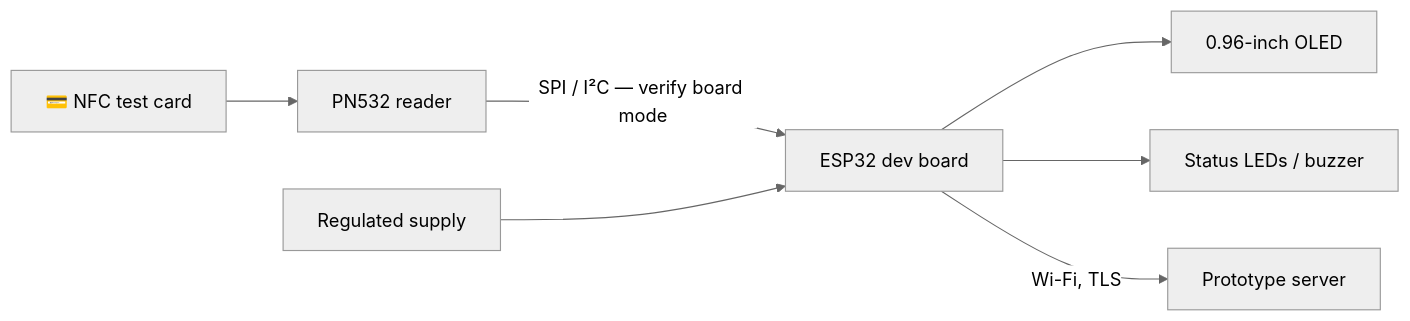
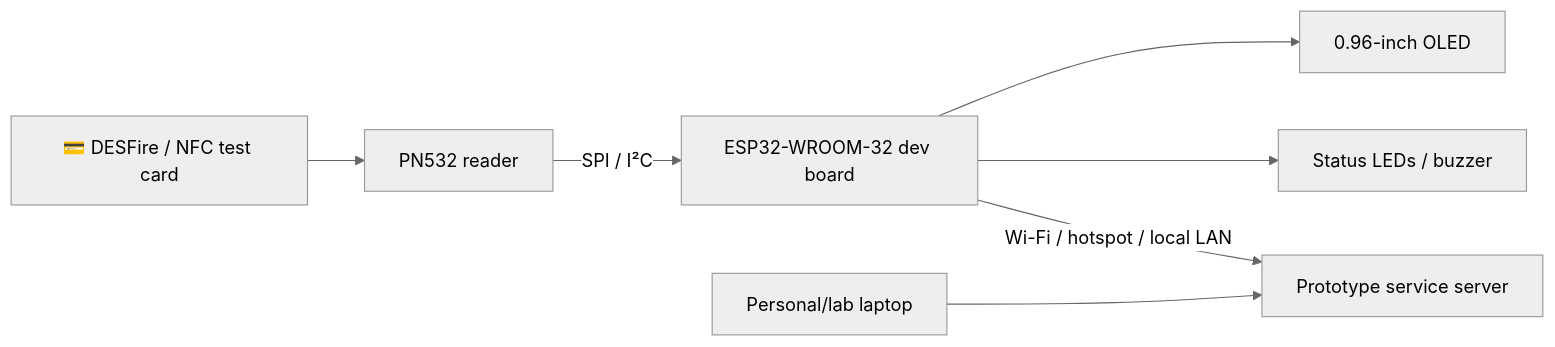
The diagram in knowledge-hub/17-IOT-SMART-STUDENT-CARD/HARDWARE-AND-BUDGET.md (codetherapistpita-oss/codetherapistpita-oss), drawn with Mermaid (neutral theme) before and after one commit. The commit also changed other lines of this file, not shown here.

Commit message:
Update KIU OneCard quotation to current three-terminal prototype budget

````diff
--- a/knowledge-hub/17-IOT-SMART-STUDENT-CARD/HARDWARE-AND-BUDGET.md
+++ b/knowledge-hub/17-IOT-SMART-STUDENT-CARD/HARDWARE-AND-BUDGET.md
@@ -7,9 +10,9 @@
 ```mermaid
 flowchart LR
- C["💳 NFC test card"] --> P["PN532 reader"]
- P -->|SPI / I²C — verify board mode| E["ESP32 dev board"]
+ C["💳 DESFire / NFC test card"] --> P["PN532 reader"]
+ P -->|SPI / I²C| E["ESP32-WROOM-32 dev board"]
  E --> O["0.96-inch OLED"]
  E --> L["Status LEDs / buzzer"]
- E -->|Wi-Fi, TLS| S["Prototype server"]
- POW["Regulated supply"] --> E
+ E -->|Wi-Fi / hotspot / local LAN| S["Prototype service server"]
+ LAP["Personal/lab laptop"] --> S
 ```
````
